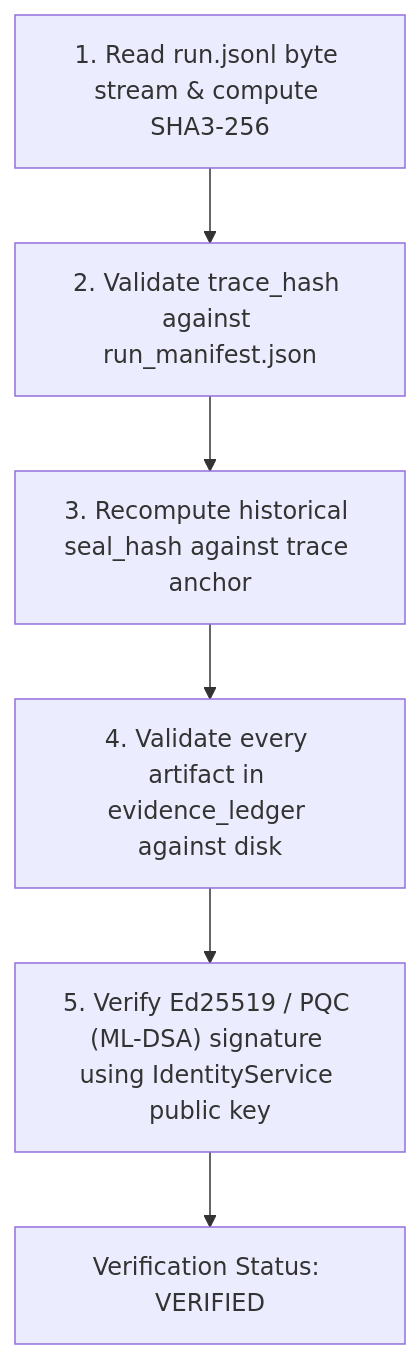
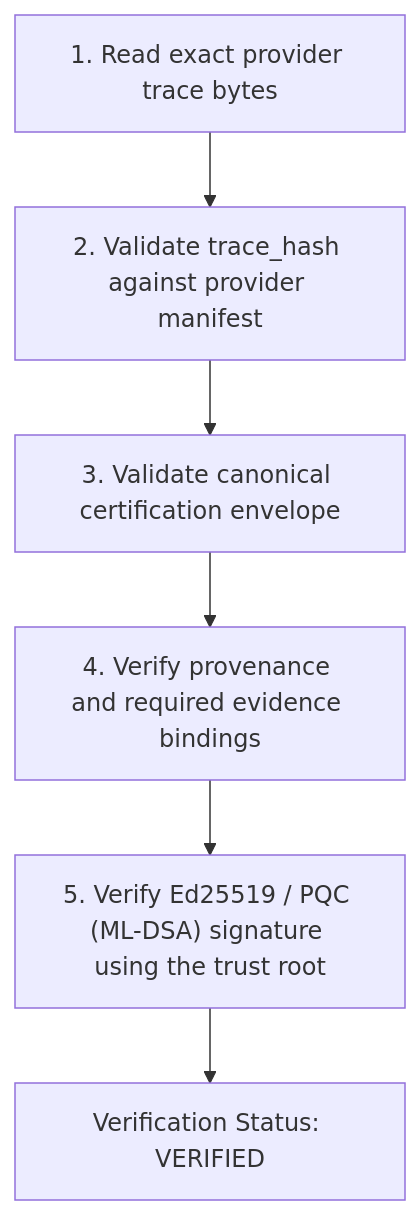
One commit to najeed/ai-agent-eval-harness changed the first of 2 diagrams in docs/src/content/docs/auditor/verification.md. Above: the diagram before and after it, drawn with Mermaid. The commit also changed other lines of this file and 185 other files, not shown here.

````diff
--- a/docs/src/content/docs/auditor/verification.md
+++ b/docs/src/content/docs/auditor/verification.md
@@ -22,8 +26,8 @@
 ```mermaid
 graph TD
-    V1["1. Read run.jsonl byte stream & compute SHA3-256"] --> V2["2. Validate trace_hash against run_manifest.json"]
-    V2 --> V3["3. Recompute historical seal_hash against trace anchor"]
-    V3 --> V4["4. Validate every artifact in evidence_ledger against disk"]
-    V4 --> V5["5. Verify Ed25519 / PQC (ML-DSA) signature using IdentityService public key"]
+    V1["1. Read exact provider trace bytes"] --> V2["2. Validate trace_hash against provider manifest"]
+    V2 --> V3["3. Validate canonical certification envelope"]
+    V3 --> V4["4. Verify provenance and required evidence bindings"]
+    V4 --> V5["5. Verify Ed25519 / PQC (ML-DSA) signature using the trust root"]
     V5 --> PASS["Verification Status: VERIFIED"]
 ```
````
